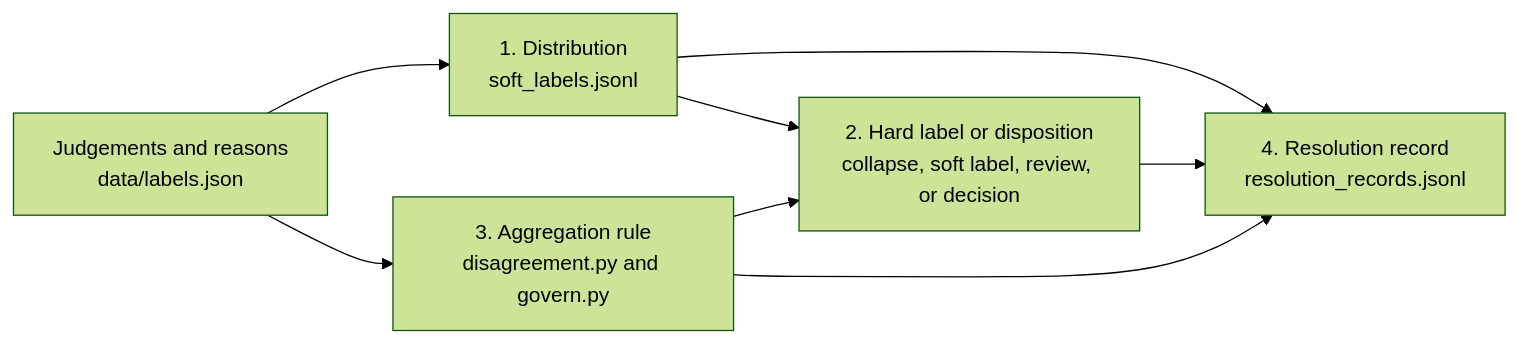
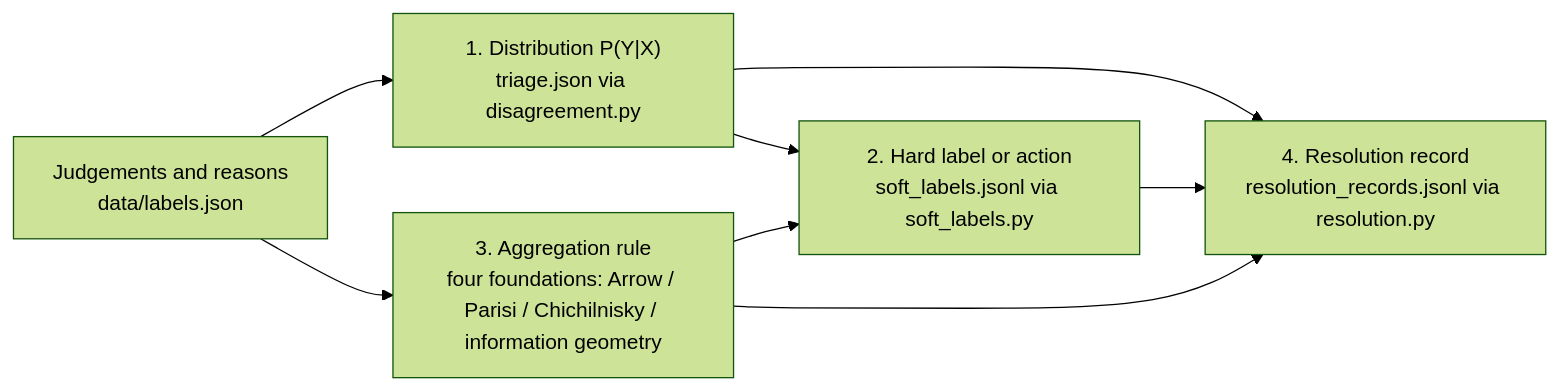
Before and after one commit to AMBRA7592/amadeus: the diagram in README.md, drawn with Mermaid (forest theme).

Commit message:
Docs: align the four-object diagram

````diff
--- a/README.md
+++ b/README.md
@@ -55,10 +55,10 @@
 ```mermaid
 flowchart LR
-    J["Judgements and reasons<br/>data/labels.json"] --> D["1. Distribution<br/>soft_labels.jsonl"]
-    J --> R["3. Aggregation rule<br/>disagreement.py and govern.py"]
-    D --> H["2. Hard label or disposition<br/>collapse, soft label, review, or decision"]
+    J["Judgements and reasons<br/>data/labels.json"] --> D["1. Distribution P(Y|X)<br/>triage.json via disagreement.py"]
+    J --> R["3. Aggregation rule<br/>four foundations: Arrow / Parisi / Chichilnisky / information geometry"]
+    D --> H["2. Hard label or action<br/>soft_labels.jsonl via soft_labels.py"]
     R --> H
-    D --> O["4. Resolution record<br/>resolution_records.jsonl"]
+    D --> O["4. Resolution record<br/>resolution_records.jsonl via resolution.py"]
     H --> O
     R --> O
 ```
````
